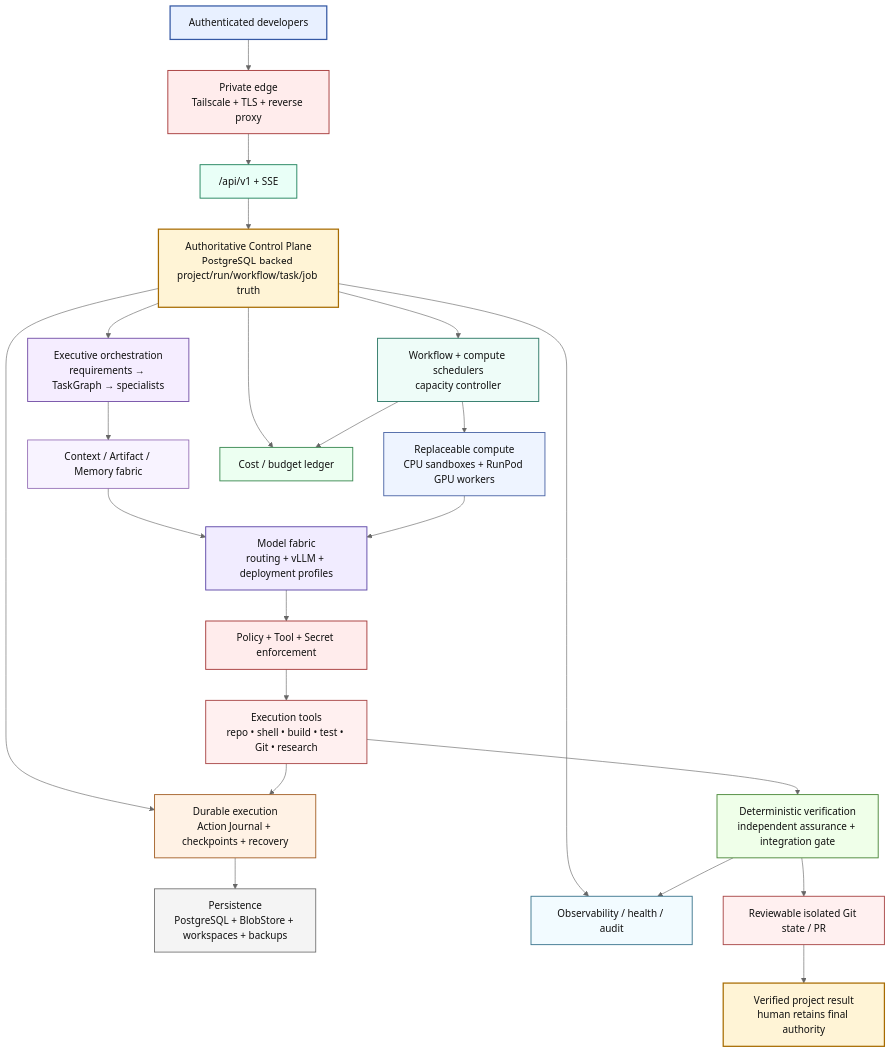
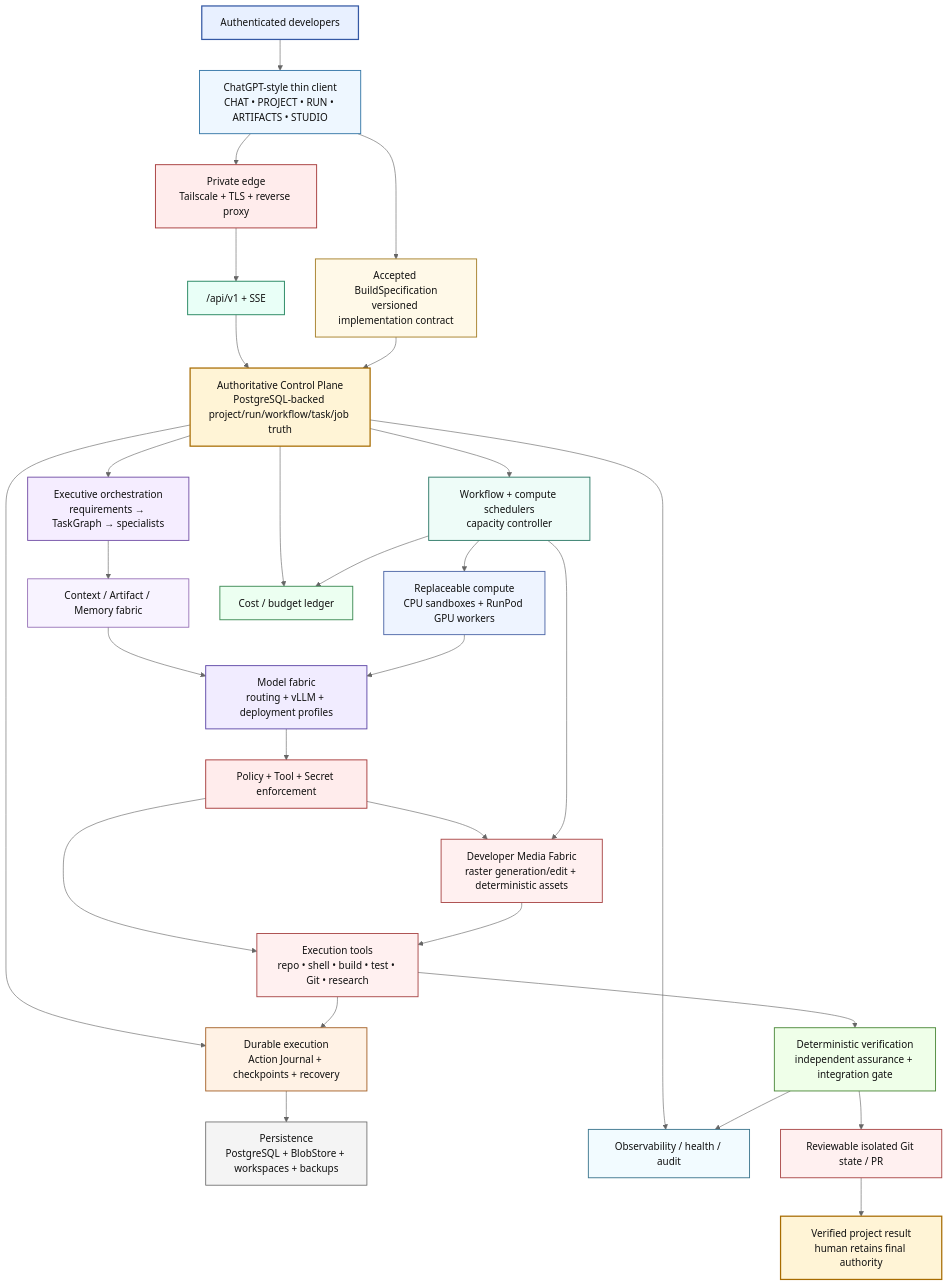
One commit to reverez/reverend changed the diagram in Documentation/Design/Diagrams/00-system-overview.mmd. Above: the diagram before and after it, drawn with Mermaid (neutral theme).

Commit message:
docs: extend system overview for chat specs and media

```diff
--- a/Documentation/Design/Diagrams/00-system-overview.mmd
+++ b/Documentation/Design/Diagrams/00-system-overview.mmd
@@ -1,58 +1,64 @@
 flowchart TB
 
 %% STYLES
 %% =========================================================
 classDef human fill:#e8f0ff,stroke:#3458a4,stroke-width:2px,color:#111;
 classDef client fill:#eef7ff,stroke:#3678a8,stroke-width:1.5px,color:#111;
 classDef api fill:#e9fff7,stroke:#23855f,stroke-width:1.5px,color:#111;
 classDef authority fill:#fff4d6,stroke:#a76b00,stroke-width:2px,color:#111;
 classDef domain fill:#fff9e8,stroke:#a7802b,stroke-width:1.5px,color:#111;
 classDef agent fill:#f5edff,stroke:#7552a8,stroke-width:1.5px,color:#111;
 classDef context fill:#f8f3ff,stroke:#8458aa,stroke-width:1.2px,color:#111;
 classDef tool fill:#fff0f0,stroke:#aa4949,stroke-width:1.5px,color:#111;
 classDef verify fill:#efffe9,stroke:#4e8a3c,stroke-width:1.5px,color:#111;
 classDef sched fill:#eefcf8,stroke:#2f7a68,stroke-width:1.5px,color:#111;
 classDef compute fill:#eef4ff,stroke:#4f68a8,stroke-width:1.5px,color:#111;
 classDef model fill:#f1ecff,stroke:#5f49a8,stroke-width:1.5px,color:#111;
 classDef durable fill:#fff2e5,stroke:#a6642c,stroke-width:1.5px,color:#111;
 classDef security fill:#ffecec,stroke:#a73b3b,stroke-width:1.5px,color:#111;
 classDef data fill:#f4f4f4,stroke:#666,stroke-width:1.3px,color:#111;
 classDef cost fill:#ecfff1,stroke:#3e8b55,stroke-width:1.5px,color:#111;
 classDef ops fill:#f2fbff,stroke:#3f7890,stroke-width:1.5px,color:#111;
 classDef external fill:#f7f7f7,stroke:#777,stroke-width:1.2px,stroke-dasharray:5 3,color:#111;
 classDef dev fill:#fff8ed,stroke:#9b6b23,stroke-width:1.3px,color:#111;
 classDef invariant fill:#fffbe6,stroke:#b09121,stroke-width:1.5px,color:#111;
 
 %% =========================================================
 
 H["Authenticated developers"]:::human
+CLIENT["ChatGPT-style thin client<br/>CHAT • PROJECT • RUN • ARTIFACTS • STUDIO"]:::client
+SPEC["Accepted BuildSpecification<br/>versioned implementation contract"]:::domain
+MEDIA["Developer Media Fabric<br/>raster generation/edit + deterministic assets"]:::tool
 EDGE["Private edge<br/>Tailscale + TLS + reverse proxy"]:::security
 API["/api/v1 + SSE"]:::api
 CP["Authoritative Control Plane<br/>PostgreSQL-backed project/run/workflow/task/job truth"]:::authority
 ORCH["Executive orchestration<br/>requirements → TaskGraph → specialists"]:::agent
 CTX["Context / Artifact / Memory fabric"]:::context
 MODEL["Model fabric<br/>routing + vLLM + deployment profiles"]:::model
 POLICY["Policy + Tool + Secret enforcement"]:::security
 TOOLS["Execution tools<br/>repo • shell • build • test • Git • research"]:::tool
 VERIFY["Deterministic verification<br/>independent assurance + integration gate"]:::verify
 SCHED["Workflow + compute schedulers<br/>capacity controller"]:::sched
 COMPUTE["Replaceable compute<br/>CPU sandboxes + RunPod GPU workers"]:::compute
 DUR["Durable execution<br/>Action Journal + checkpoints + recovery"]:::durable
 STORE["Persistence<br/>PostgreSQL + BlobStore + workspaces + backups"]:::data
 COST["Cost / budget ledger"]:::cost
 OBS["Observability / health / audit"]:::ops
 GIT["Reviewable isolated Git state / PR"]:::tool
 OUT["Verified project result<br/>human retains final authority"]:::authority
 
-H --> EDGE --> API --> CP
+H --> CLIENT --> EDGE --> API --> CP
+CLIENT --> SPEC --> CP
 CP --> ORCH --> CTX --> MODEL
 MODEL --> POLICY --> TOOLS --> VERIFY --> GIT --> OUT
+POLICY --> MEDIA --> TOOLS
 
 CP --> SCHED --> COMPUTE
 COMPUTE --> MODEL
 CP --> DUR --> STORE
 CP --> COST
 CP --> OBS
 TOOLS --> DUR
 SCHED --> COST
+SCHED --> MEDIA
 VERIFY --> OBS
```
